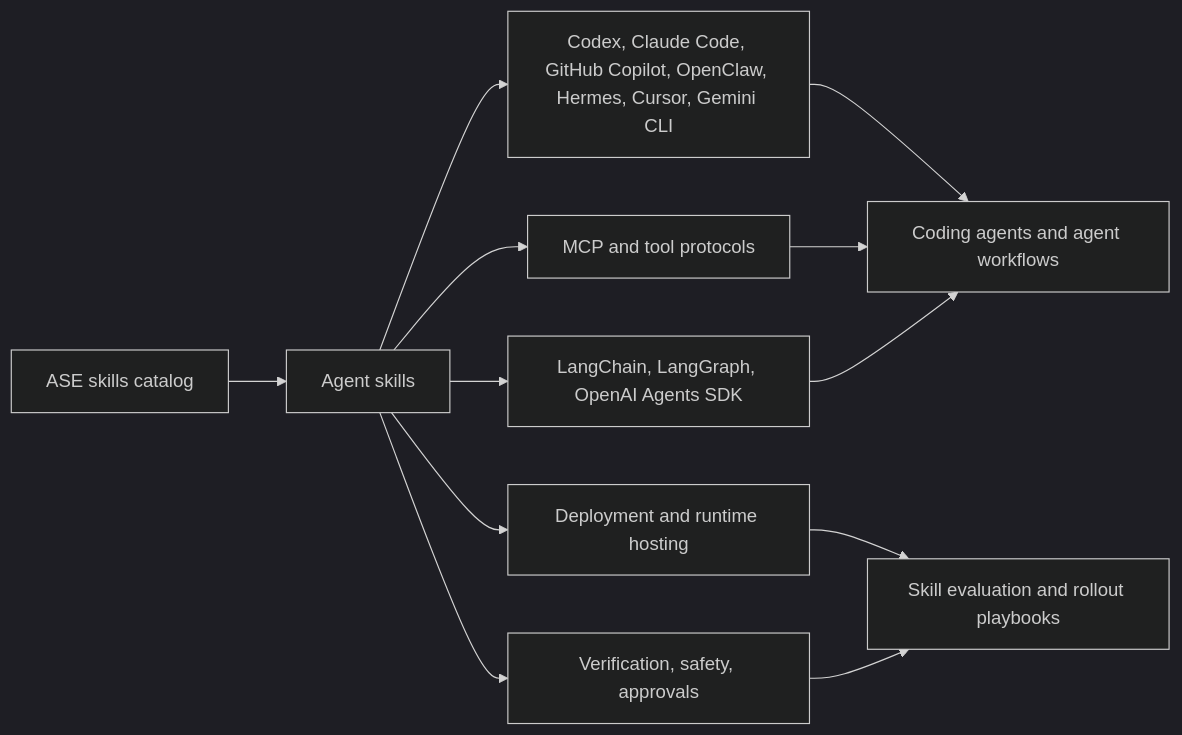
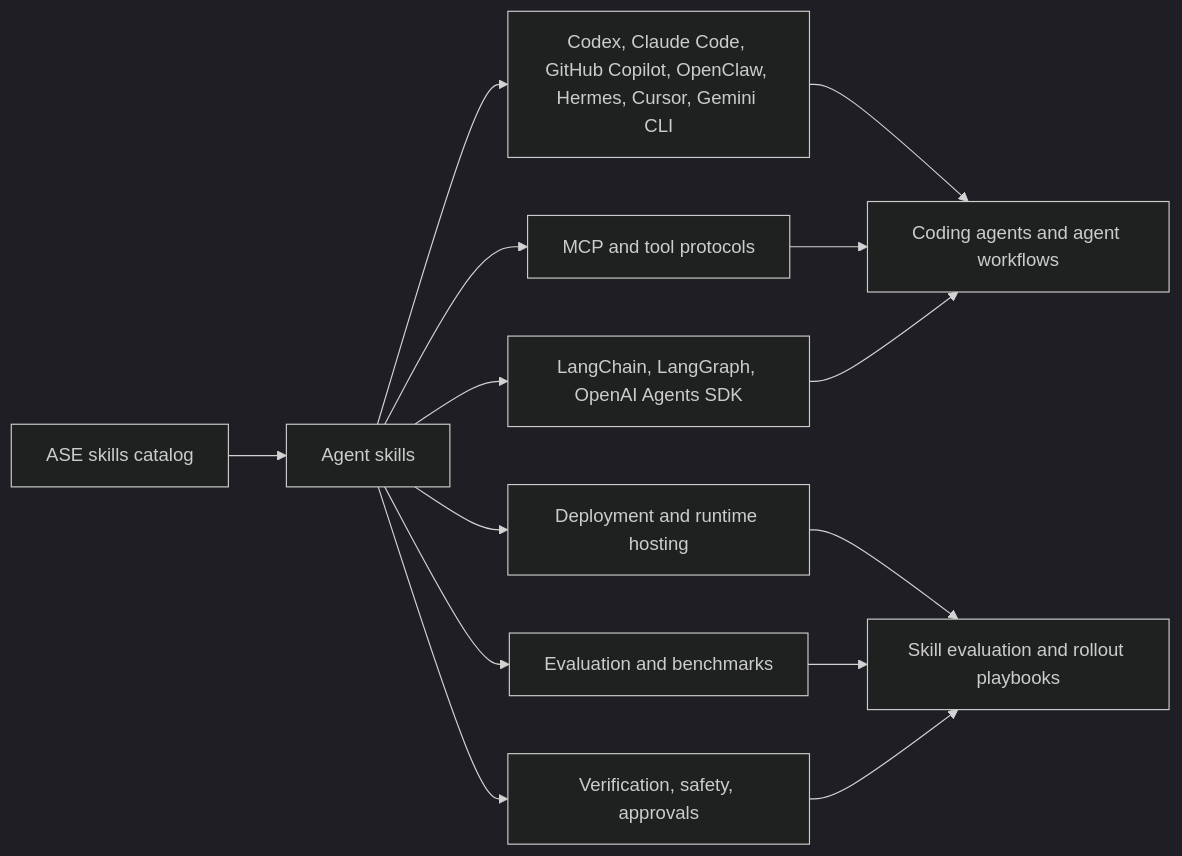
One commit to agentskillexchange/agent-skills-resources changed the first of 2 diagrams in overview.md. Above: the diagram before and after it, drawn with Mermaid (dark theme). The commit also changed other lines of this file and 29 other files, not shown here.

````diff
--- a/overview.md
+++ b/overview.md
@@ -9,14 +9,16 @@
 ```mermaid
 flowchart LR
   Catalog["ASE skills catalog"] --> Skills["Agent skills"]
   Skills --> Runtimes["Codex, Claude Code, GitHub Copilot, OpenClaw, Hermes, Cursor, Gemini CLI"]
   Skills --> Protocols["MCP and tool protocols"]
   Skills --> Frameworks["LangChain, LangGraph, OpenAI Agents SDK"]
   Skills --> Evidence["Verification, safety, approvals"]
   Skills --> Deployment["Deployment and runtime hosting"]
+  Skills --> Evaluation["Evaluation and benchmarks"]
   Runtimes --> Workflows["Coding agents and agent workflows"]
   Protocols --> Workflows
   Frameworks --> Workflows
   Deployment --> Rollout["Skill evaluation and rollout playbooks"]
+  Evaluation --> Rollout
   Evidence --> Rollout["Skill evaluation and rollout playbooks"]
 ```
````
